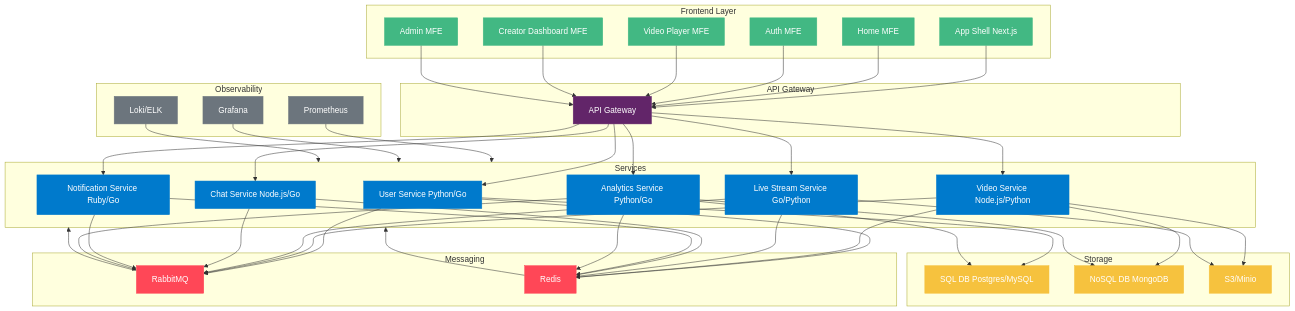
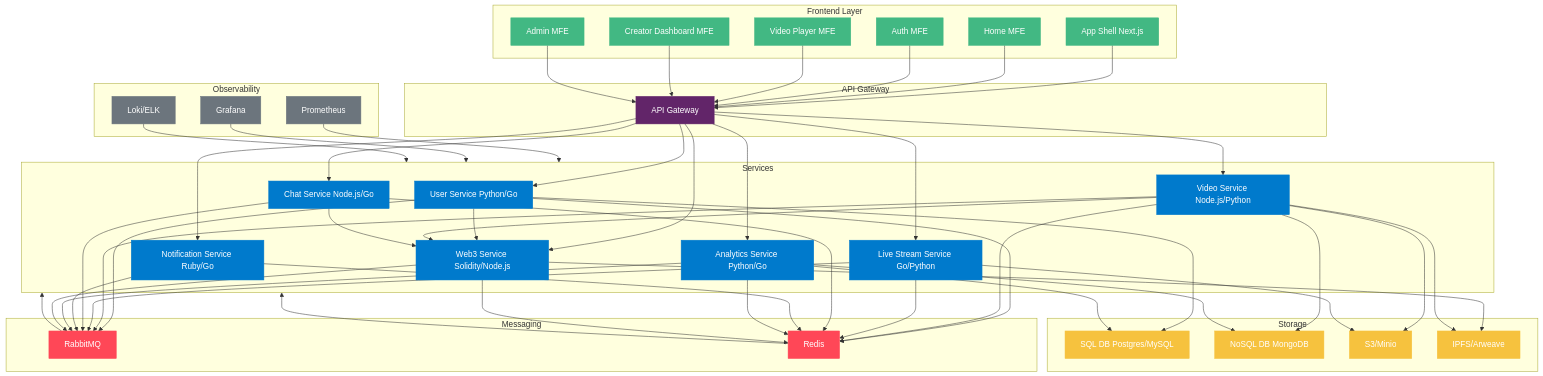
The first of 2 diagrams in README.md (KozielGPC/video-streaming-app), drawn with Mermaid before and after one commit. The commit also changed other lines of this file, not shown here.

Commit message:
docs: add web 3 development plan

````diff
--- a/README.md
+++ b/README.md
@@ -130,58 +173,68 @@
 ```mermaid
 flowchart TD
     subgraph Frontend Layer
         AppShell[App Shell Next.js]:::frontend
         Home[Home MFE]:::frontend
         Auth[Auth MFE]:::frontend
         Player[Video Player MFE]:::frontend
         Creator[Creator Dashboard MFE]:::frontend
         Admin[Admin MFE]:::frontend
     end
 
     subgraph API Gateway
         Gateway[API Gateway]:::infra
     end
 
     subgraph Services
         User[User Service Python/Go]:::service
         Video[Video Service Node.js/Python]:::service
         Live[Live Stream Service Go/Python]:::service
         Chat[Chat Service Node.js/Go]:::service
         Notify[Notification Service Ruby/Go]:::service
         Analytics[Analytics Service Python/Go]:::service
+        Web3[Web3 Service Solidity/Node.js]:::service
     end
 
     subgraph Messaging
         RMQ[RabbitMQ]:::messaging
         Redis[Redis]:::messaging
     end
 
     subgraph Storage
         SQL[SQL DB Postgres/MySQL]:::storage
         NoSQL[NoSQL DB MongoDB]:::storage
         S3[S3/Minio]:::storage
+        DecentralizedStorage[IPFS/Arweave]:::storage
     end
 
     subgraph Observability
         Prom[Prometheus]:::obs
         Graf[Grafana]:::obs
         Loki[Loki/ELK]:::obs
     end
 
     AppShell & Home & Auth & Player & Creator & Admin --> Gateway
-    Gateway --> User & Video & Live & Chat & Notify & Analytics
-    User & Video & Live & Chat & Notify & Analytics --> RMQ
-    User & Video & Live & Chat & Notify & Analytics --> Redis
+    Gateway --> User & Video & Live & Chat & Notify & Analytics & Web3
+    User & Video & Live & Chat & Notify & Analytics & Web3 --> RMQ
+    User & Video & Live & Chat & Notify & Analytics & Web3 --> Redis
     Video & Live --> S3
     User --> SQL
     Video --> NoSQL
     Analytics --> SQL & NoSQL
+    Web3 --> DecentralizedStorage
+    Video --> DecentralizedStorage
     RMQ & Redis --> Services
     Prom & Graf & Loki --> Services
+
+    %% Web3 Interactions
+    User --> Web3
+    Video --> Web3
+    Chat --> Web3
+
     classDef frontend fill:#42b883,color:#fff,stroke:#42b883
     classDef service fill:#007acc,color:#fff,stroke:#007acc
     classDef messaging fill:#ff4757,color:#fff,stroke:#ff4757
     classDef infra fill:#622569,color:#fff,stroke:#622569
     classDef storage fill:#f6c23e,color:#fff,stroke:#f6c23e
     classDef obs fill:#6c757d,color:#fff,stroke:#6c757d
 ```
````
